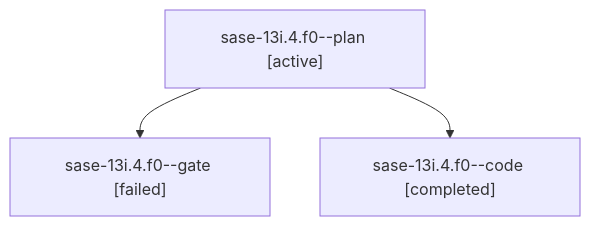
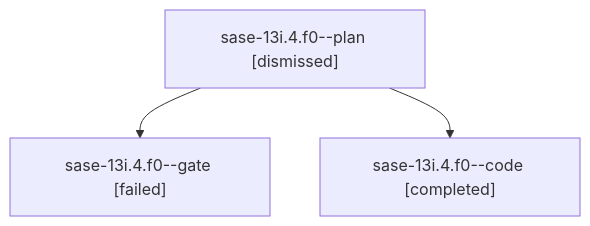
Before and after one commit to sase-org/sase--agents: the diagram in sessions/bbugyi200.athena.sase-13i.4.f0.md, drawn with Mermaid. The commit also changed other lines of this file and 118 other files, not shown here.

````diff
--- a/sessions/bbugyi200.athena.sase-13i.4.f0.md
+++ b/sessions/bbugyi200.athena.sase-13i.4.f0.md
@@ -9,8 +9,8 @@
 ```mermaid
 flowchart TD
-  n0["sase-13i.4.f0--plan [active]"]
+  n0["sase-13i.4.f0--plan [dismissed]"]
   n1["sase-13i.4.f0--gate [failed]"]
   n0 --> n1
   n2["sase-13i.4.f0--code [completed]"]
   n0 --> n2
 ```
````
